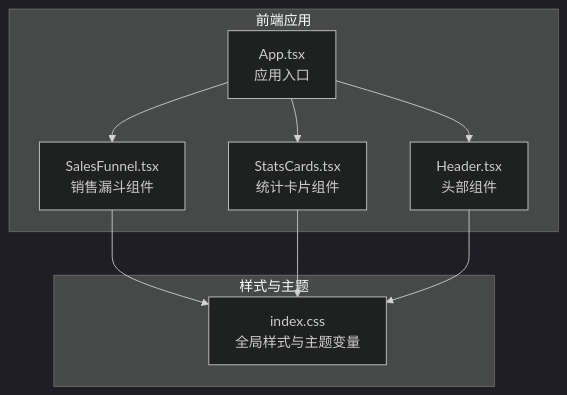
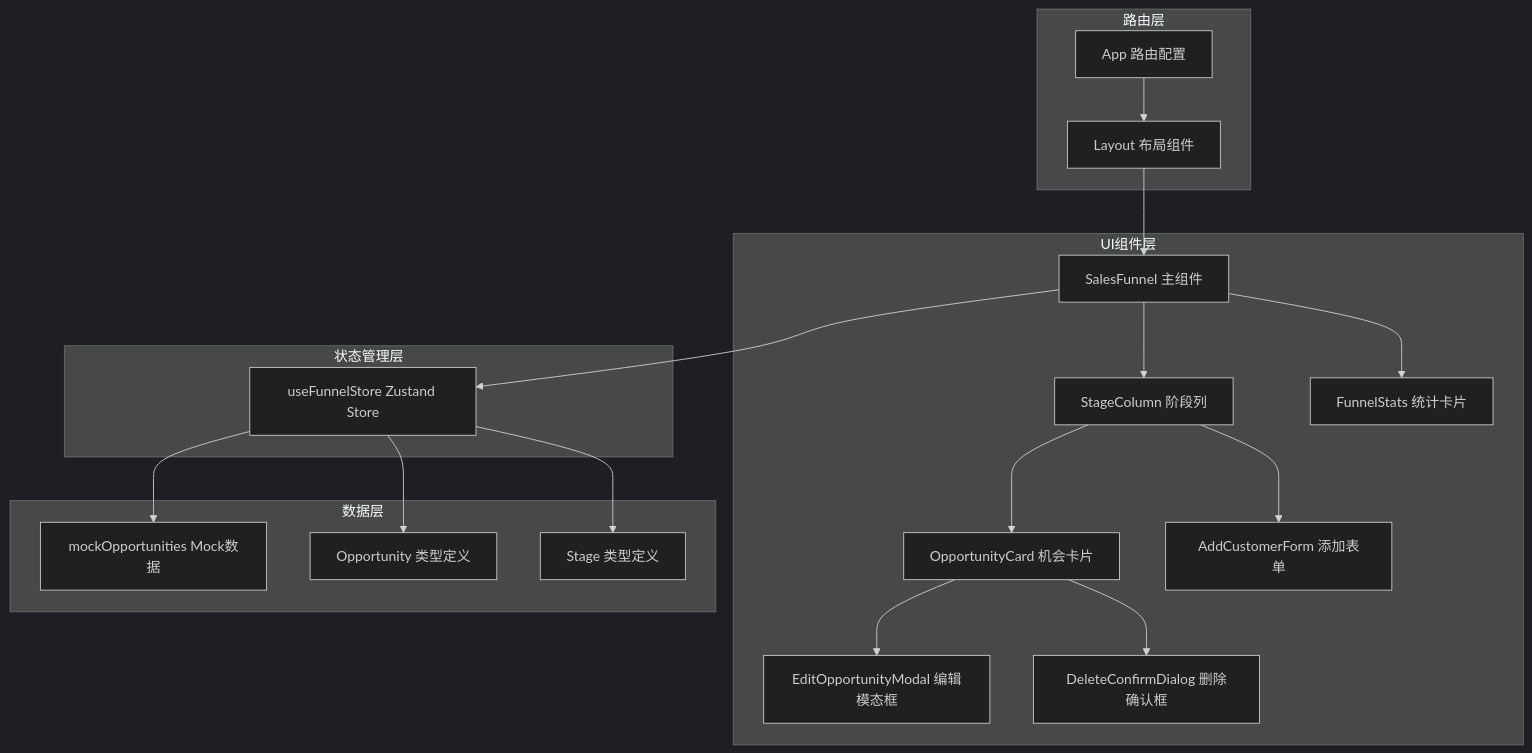
One commit to xianjianshenqu/SalesFlow-CRM changed the first of 5 diagrams in .qoder/repowiki/zh/content/核心组件/销售漏斗组件 (SalesFunnel).md. Above: the diagram before and after it, drawn with Mermaid (dark theme). The commit also changed other lines of this file and 25 other files, not shown here.

````diff
--- a/.qoder/repowiki/zh/content/核心组件/销售漏斗组件 (SalesFunnel).md
+++ b/.qoder/repowiki/zh/content/核心组件/销售漏斗组件 (SalesFunnel).md
@@ -32,18 +45,36 @@
 ```mermaid
 graph TB
-subgraph "前端应用"
-App["App.tsx<br/>应用入口"]
-SF["SalesFunnel.tsx<br/>销售漏斗组件"]
-SC["StatsCards.tsx<br/>统计卡片组件"]
-HD["Header.tsx<br/>头部组件"]
+subgraph "UI组件层"
+SF["SalesFunnel 主组件"]
+SC["StageColumn 阶段列"]
+OC["OpportunityCard 机会卡片"]
+EM["EditOpportunityModal 编辑模态框"]
+DC["DeleteConfirmDialog 删除确认框"]
+ACF["AddCustomerForm 添加表单"]
+FS["FunnelStats 统计卡片"]
 end
-subgraph "样式与主题"
-ICSS["index.css<br/>全局样式与主题变量"]
+subgraph "状态管理层"
+US["useFunnelStore Zustand Store"]
 end
-App --> SF
-App --> SC
-App --> HD
-SF --> ICSS
-SC --> ICSS
-HD --> ICSS
+subgraph "数据层"
+MO["mockOpportunities Mock数据"]
+OT["Opportunity 类型定义"]
+ST["Stage 类型定义"]
+end
+subgraph "路由层"
+AP["App 路由配置"]
+LY["Layout 布局组件"]
+end
+SF --> SC
+SC --> OC
+OC --> EM
+OC --> DC
+SC --> ACF
+SF --> FS
+SF --> US
+US --> MO
+US --> OT
+US --> ST
+AP --> LY
+LY --> SF
 ```
````
